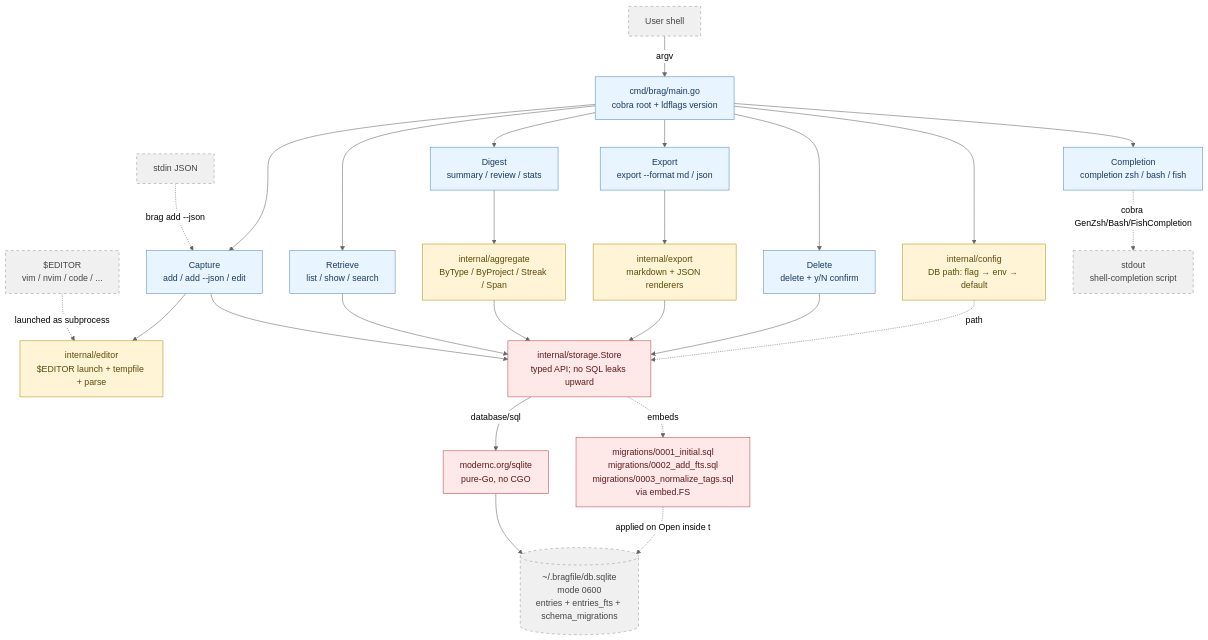
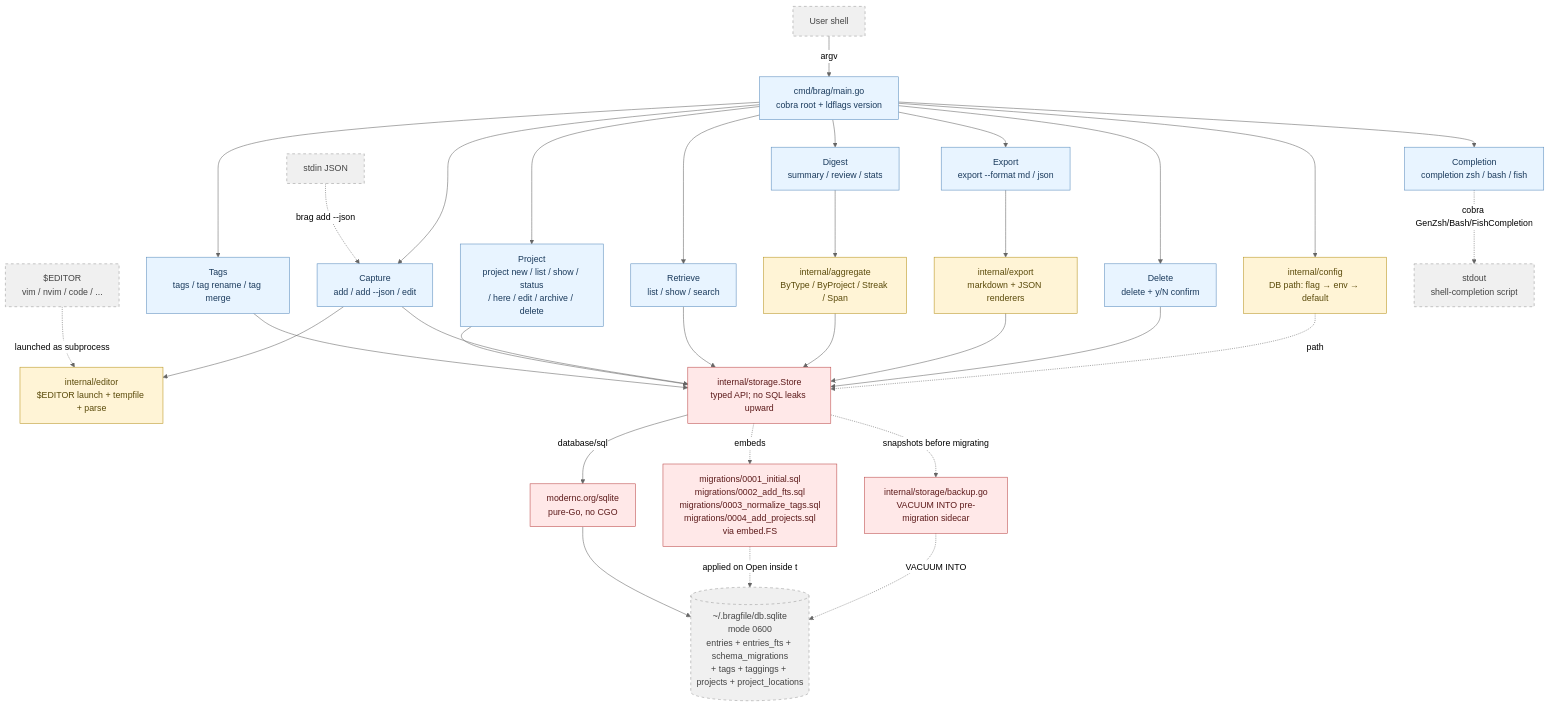
The diagram in docs/architecture.md (jysf/bragfile000), drawn with Mermaid (neutral theme) before and after one commit. The commit also changed other lines of this file and 4 other files, not shown here.

First line of the commit message:
docs: comprehensive sweep — projects, tags, backup (SPEC-034)

````diff
--- a/docs/architecture.md
+++ b/docs/architecture.md
@@ -19,40 +19,46 @@
 ```mermaid
 graph TD
     User[User shell] -->|argv| Main[cmd/brag/main.go<br/>cobra root + ldflags version]
     Stdin[stdin JSON] -.->|brag add --json| Capture
     Editor[$EDITOR<br/>vim / nvim / code / ...] -.->|launched as subprocess| EditorPkg
 
     Main --> Config[internal/config<br/>DB path: flag → env → default]
     Main --> Capture[Capture<br/>add / add --json / edit]
     Main --> Retrieve[Retrieve<br/>list / show / search]
     Main --> Digest[Digest<br/>summary / review / stats]
     Main --> ExportCmd[Export<br/>export --format md / json]
     Main --> DeleteCmd[Delete<br/>delete + y/N confirm]
     Main --> Completion[Completion<br/>completion zsh / bash / fish]
+    Main --> Tags[Tags<br/>tags / tag rename / tag merge]
+    Main --> Project[Project<br/>project new / list / show / status<br/>/ here / edit / archive / delete]
+    Tags --> Store
+    Project --> Store
 
     Capture --> EditorPkg[internal/editor<br/>$EDITOR launch + tempfile + parse]
     Capture --> Store
     Retrieve --> Store
     Digest --> Aggregate[internal/aggregate<br/>ByType / ByProject / Streak / Span]
     Aggregate --> Store
     ExportCmd --> ExportPkg[internal/export<br/>markdown + JSON renderers]
     ExportPkg --> Store
     DeleteCmd --> Store
     Completion -.cobra GenZsh/Bash/FishCompletion.-> Stdout[stdout<br/>shell-completion script]
 
     Config -.path.-> Store
     Store[internal/storage.Store<br/>typed API; no SQL leaks upward]
     Store -->|database/sql| Driver[modernc.org/sqlite<br/>pure-Go, no CGO]
-    Driver --> DB[(~/.bragfile/db.sqlite<br/>mode 0600<br/>entries + entries_fts + schema_migrations)]
-    Store -.embeds.-> Migrations[migrations/0001_initial.sql<br/>migrations/0002_add_fts.sql<br/>migrations/0003_normalize_tags.sql<br/>via embed.FS]
+    Driver --> DB[(~/.bragfile/db.sqlite<br/>mode 0600<br/>entries + entries_fts + schema_migrations<br/>+ tags + taggings + projects + project_locations)]
+    Store -.embeds.-> Migrations[migrations/0001_initial.sql<br/>migrations/0002_add_fts.sql<br/>migrations/0003_normalize_tags.sql<br/>migrations/0004_add_projects.sql<br/>via embed.FS]
     Migrations -.applied on Open inside tx.-> DB
+    Store -.snapshots before migrating.-> Backup[internal/storage/backup.go<br/>VACUUM INTO pre-migration sidecar]
+    Backup -.VACUUM INTO.-> DB
 
     classDef cli fill:#e8f4ff,stroke:#5b8dbe,color:#1a3a5c
     classDef helper fill:#fff4d6,stroke:#b8941f,color:#5a4a0a
     classDef storage fill:#ffe8e8,stroke:#bc4a4a,color:#5c1a1a
     classDef external fill:#f0f0f0,stroke:#999,stroke-dasharray:5 5,color:#444
-    class Main,Capture,Retrieve,Digest,ExportCmd,DeleteCmd,Completion cli
+    class Main,Capture,Retrieve,Digest,ExportCmd,DeleteCmd,Completion,Tags,Project cli
     class EditorPkg,Aggregate,ExportPkg,Config helper
-    class Store,Driver,Migrations storage
+    class Store,Driver,Migrations,Backup storage
     class User,Stdin,Editor,DB,Stdout external
 ```
````
